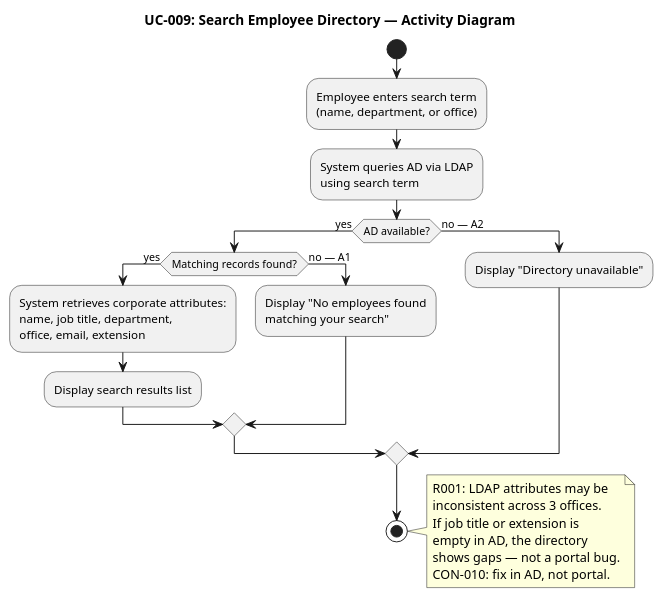
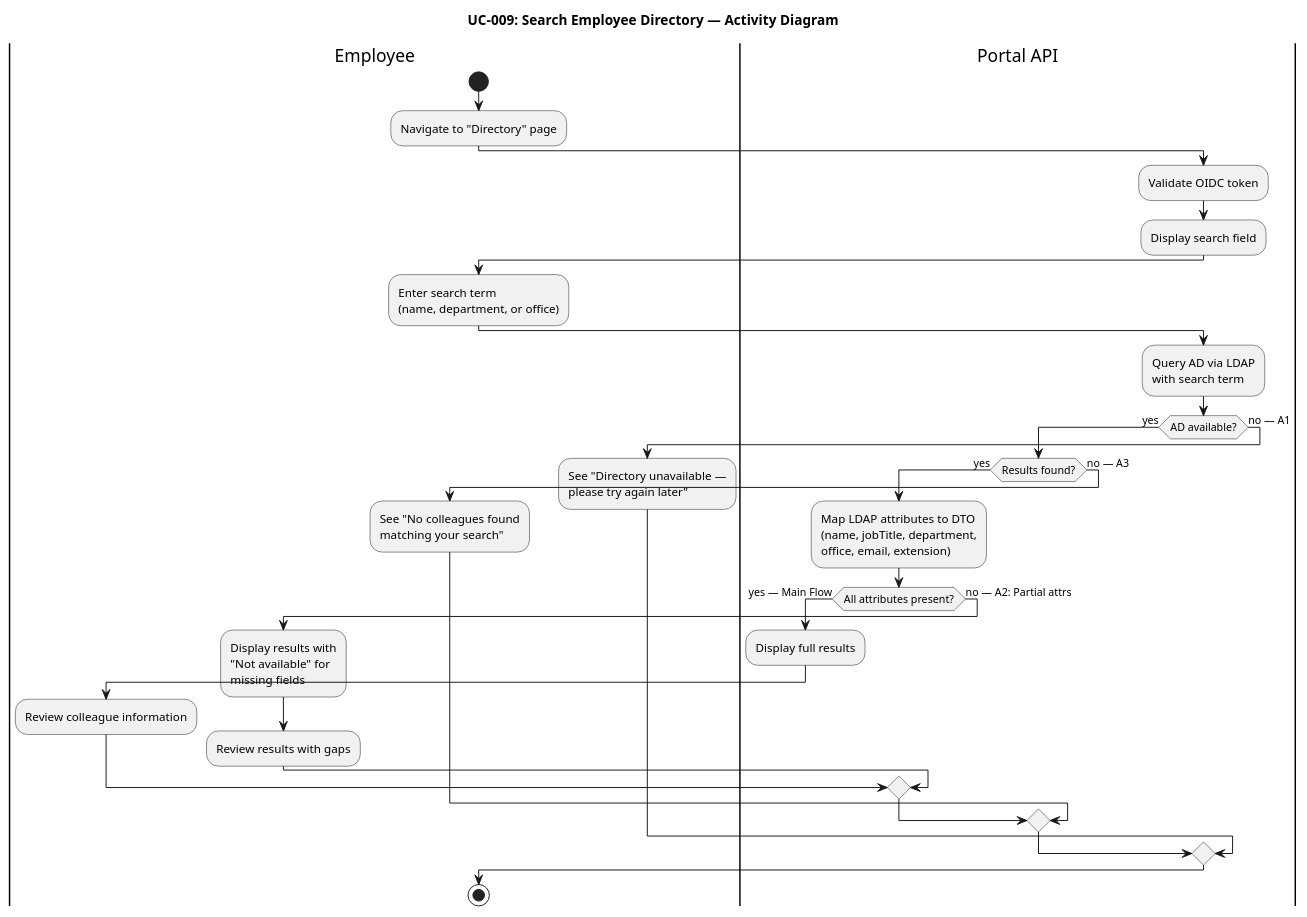
Diagram 11 of 13 in docs/artifacts/requirements/use-case-model.md (banense-test/portal-cuba-corp), drawn with PlantUML before and after one commit. The commit also changed other lines of this file, not shown here.

````diff
--- a/docs/artifacts/requirements/use-case-model.md
+++ b/docs/artifacts/requirements/use-case-model.md
@@ -579,35 +655,37 @@
 ```plantuml
 @startuml
 title UC-009: Search Employee Directory — Activity Diagram
 
+|Employee|
 start
-:Employee enters search term
-(name, department, or office);
-:System queries AD via LDAP
-using search term;
+:Navigate to "Directory" page;
+|Portal API|
+:Validate OIDC token;
+:Display search field;
+|Employee|
+:Enter search term\n(name, department, or office);
+|Portal API|
+:Query AD via LDAP\nwith search term;
 if (AD available?) then (yes)
-  if (Matching records found?) then (yes)
-    :System retrieves corporate attributes:
-    name, job title, department,
-    office, email, extension;
-    :Display search results list;
-  else (no — A1)
-    :Display "No employees found
-    matching your search";
+  if (Results found?) then (yes)
+    :Map LDAP attributes to DTO\n(name, jobTitle, department,\noffice, email, extension);
+    if (All attributes present?) then (yes — Main Flow)
+      :Display full results;
+      |Employee|
+      :Review colleague information;
+    else (no — A2: Partial attrs)
+      :Display results with\n"Not available" for\nmissing fields;
+      |Employee|
+      :Review results with gaps;
+    endif
+  else (no — A3)
+    |Employee|
+    :See "No colleagues found\nmatching your search";
   endif
-else (no — A2)
-  :Display "Directory unavailable";
+else (no — A1)
+  |Employee|
+  :See "Directory unavailable —\nplease try again later";
 endif
 stop
-
-note right
-  R001: LDAP attributes may be
-  inconsistent across 3 offices.
-  If job title or extension is
-  empty in AD, the directory
-  shows gaps — not a portal bug.
-  CON-010: fix in AD, not portal.
-end note
-
 @enduml
 ```
````
